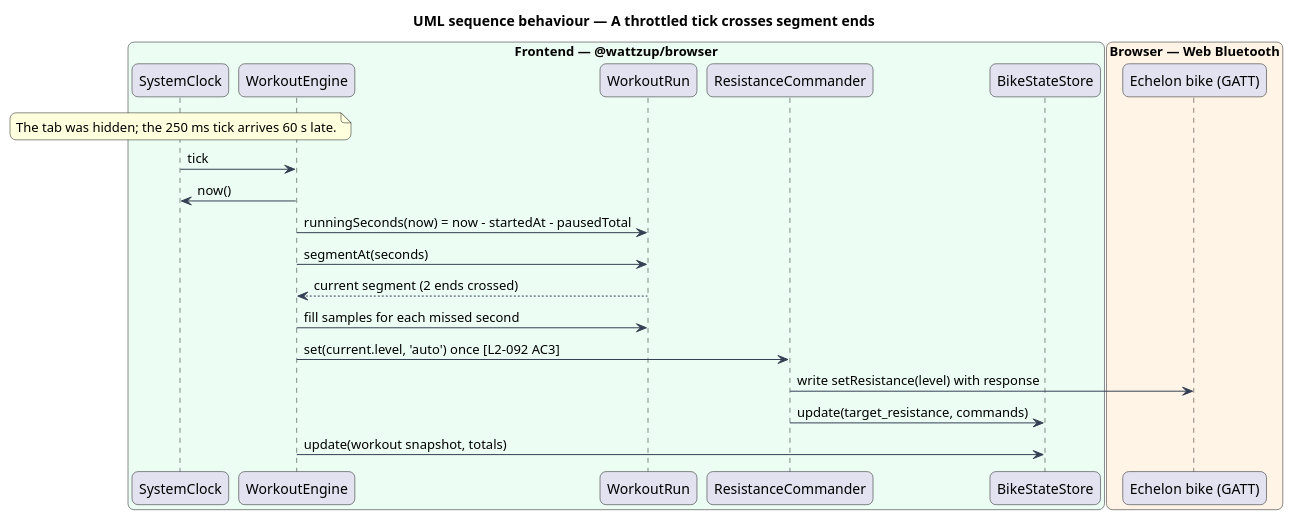
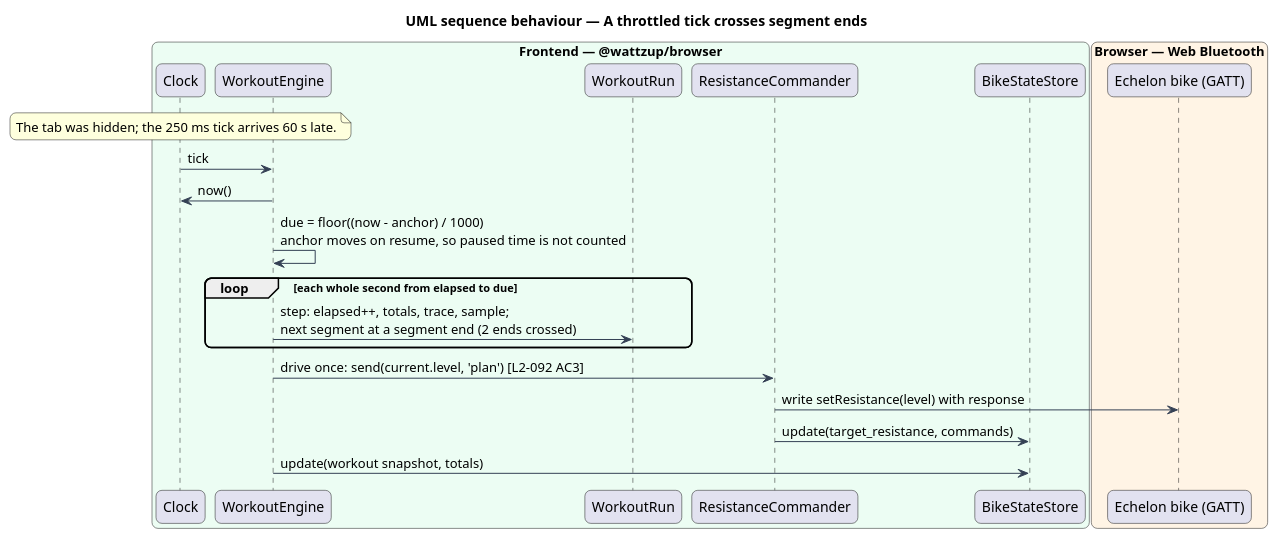
The diagram in docs/detailed-designs/browser-edition/run-rides-in-browser/diagrams/sequence-throttled-tick.puml (QuinntyneBrown/ride-one), drawn with PlantUML before and after one commit. The commit also changed 25 other files, not shown here.

```diff
--- a/docs/detailed-designs/browser-edition/run-rides-in-browser/diagrams/sequence-throttled-tick.puml
+++ b/docs/detailed-designs/browser-edition/run-rides-in-browser/diagrams/sequence-throttled-tick.puml
@@ -1,30 +1,30 @@
 @startuml
 title UML sequence behaviour — A throttled tick crosses segment ends
 skinparam backgroundColor #FFFFFF
 skinparam shadowing false
 skinparam roundcorner 12
 skinparam defaultFontName Arial
 skinparam ArrowColor #344054
 box "Frontend — @wattzup/browser" #ECFDF3
-  participant "SystemClock" as clock
+  participant "Clock" as clock
   participant "WorkoutEngine" as engine
   participant "WorkoutRun" as run
   participant "ResistanceCommander" as cmd
   participant "BikeStateStore" as store
 end box
 box "Browser — Web Bluetooth" #FFF4E5
   participant "Echelon bike (GATT)" as bike
 end box
 
 note over clock : The tab was hidden; the 250 ms tick arrives 60 s late.
 clock -> engine : tick
 engine -> clock : now()
-engine -> run : runningSeconds(now) = now - startedAt - pausedTotal
-engine -> run : segmentAt(seconds)
-run --> engine : current segment (2 ends crossed)
-engine -> run : fill samples for each missed second
-engine -> cmd : set(current.level, 'auto') once [L2-092 AC3]
+engine -> engine : due = floor((now - anchor) / 1000)\nanchor moves on resume, so paused time is not counted
+loop each whole second from elapsed to due
+  engine -> run : step: elapsed++, totals, trace, sample;\nnext segment at a segment end (2 ends crossed)
+end
+engine -> cmd : drive once: send(current.level, 'plan') [L2-092 AC3]
 cmd -> bike : write setResistance(level) with response
 cmd -> store : update(target_resistance, commands)
 engine -> store : update(workout snapshot, totals)
 @enduml
```
